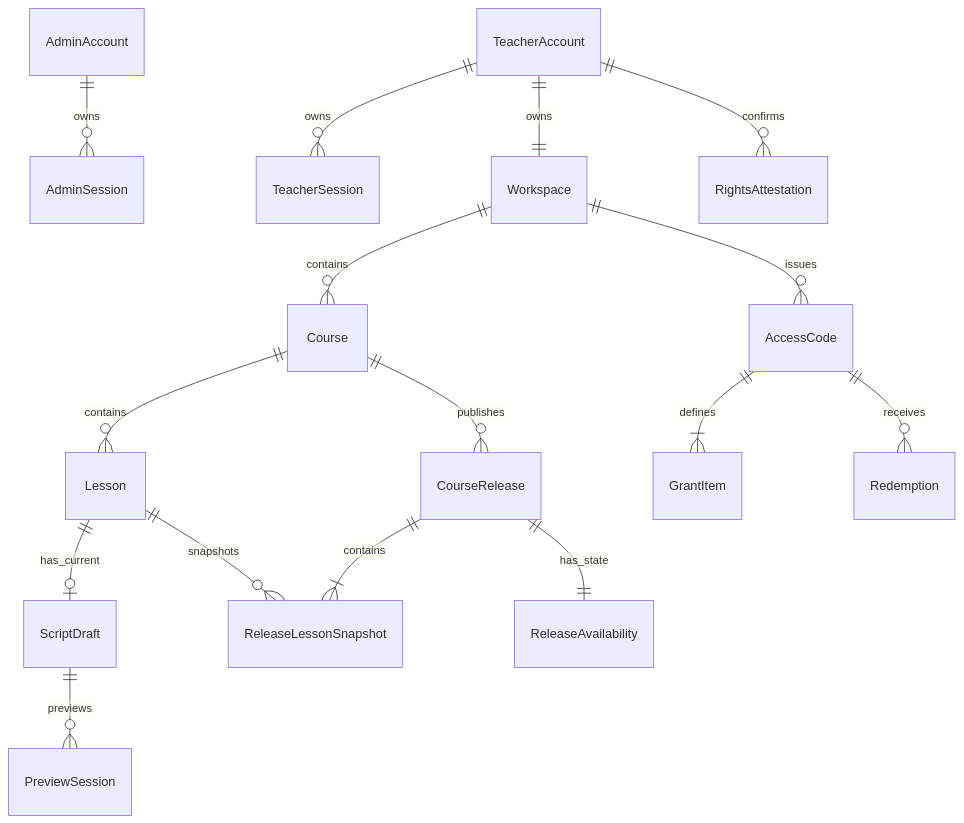
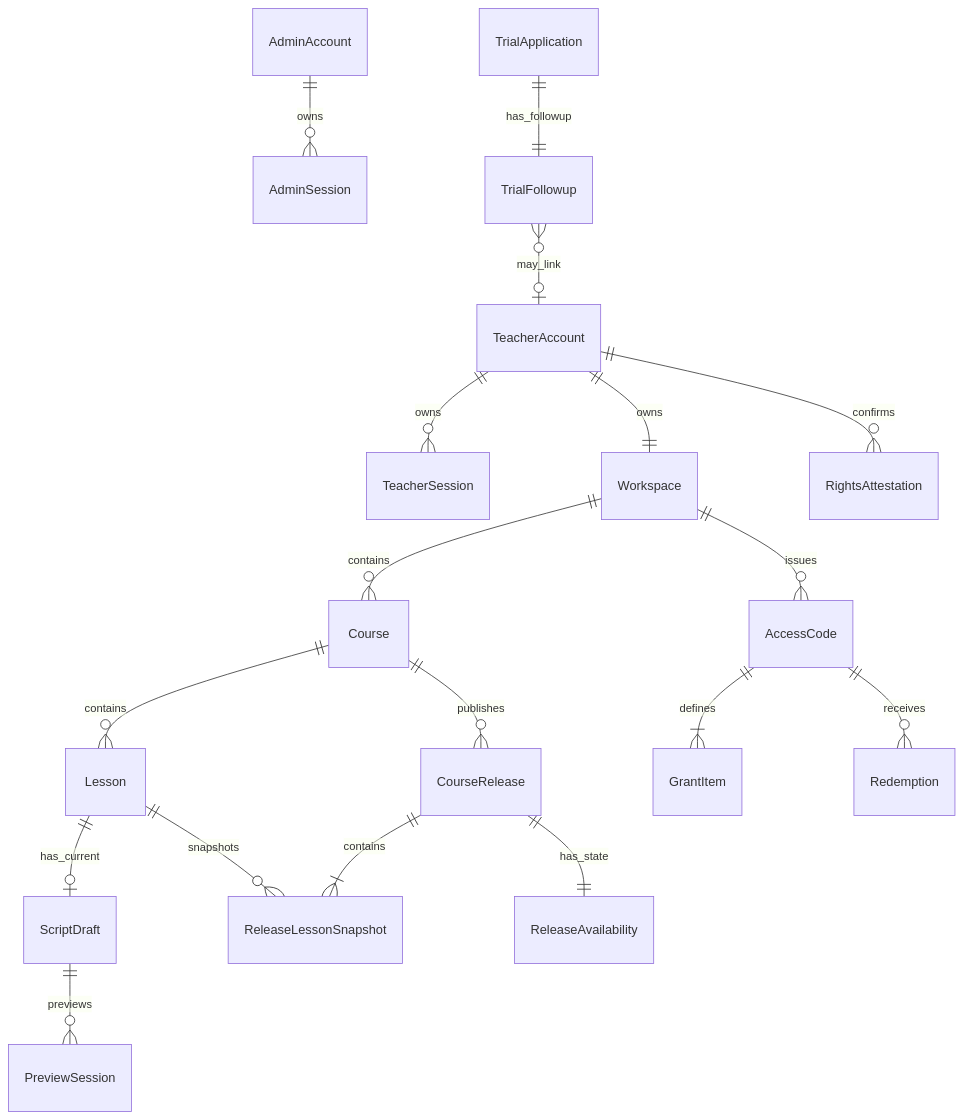
Before and after one commit to xiaobaiworld/lessonpilot: the first of 3 diagrams in doc/design/v1/04-domain-data-model.md, drawn with Mermaid. The commit also changed other lines of this file and 90 other files, not shown here.

````diff
--- a/doc/design/v1/04-domain-data-model.md
+++ b/doc/design/v1/04-domain-data-model.md
@@ -73,18 +72,20 @@
 ```mermaid
 erDiagram
   AdminAccount ||--o{ AdminSession : owns
   TeacherAccount ||--o{ TeacherSession : owns
   TeacherAccount ||--|| Workspace : owns
   Workspace ||--o{ Course : contains
   Course ||--o{ Lesson : contains
   Lesson ||--o| ScriptDraft : has_current
   ScriptDraft ||--o{ PreviewSession : previews
   Course ||--o{ CourseRelease : publishes
   CourseRelease ||--|{ ReleaseLessonSnapshot : contains
   CourseRelease ||--|| ReleaseAvailability : has_state
   Lesson ||--o{ ReleaseLessonSnapshot : snapshots
   Workspace ||--o{ AccessCode : issues
   AccessCode ||--|{ GrantItem : defines
   AccessCode ||--o{ Redemption : receives
   TeacherAccount ||--o{ RightsAttestation : confirms
+  TrialApplication ||--|| TrialFollowup : has_followup
+  TrialFollowup }o--o| TeacherAccount : may_link
 ```
````
